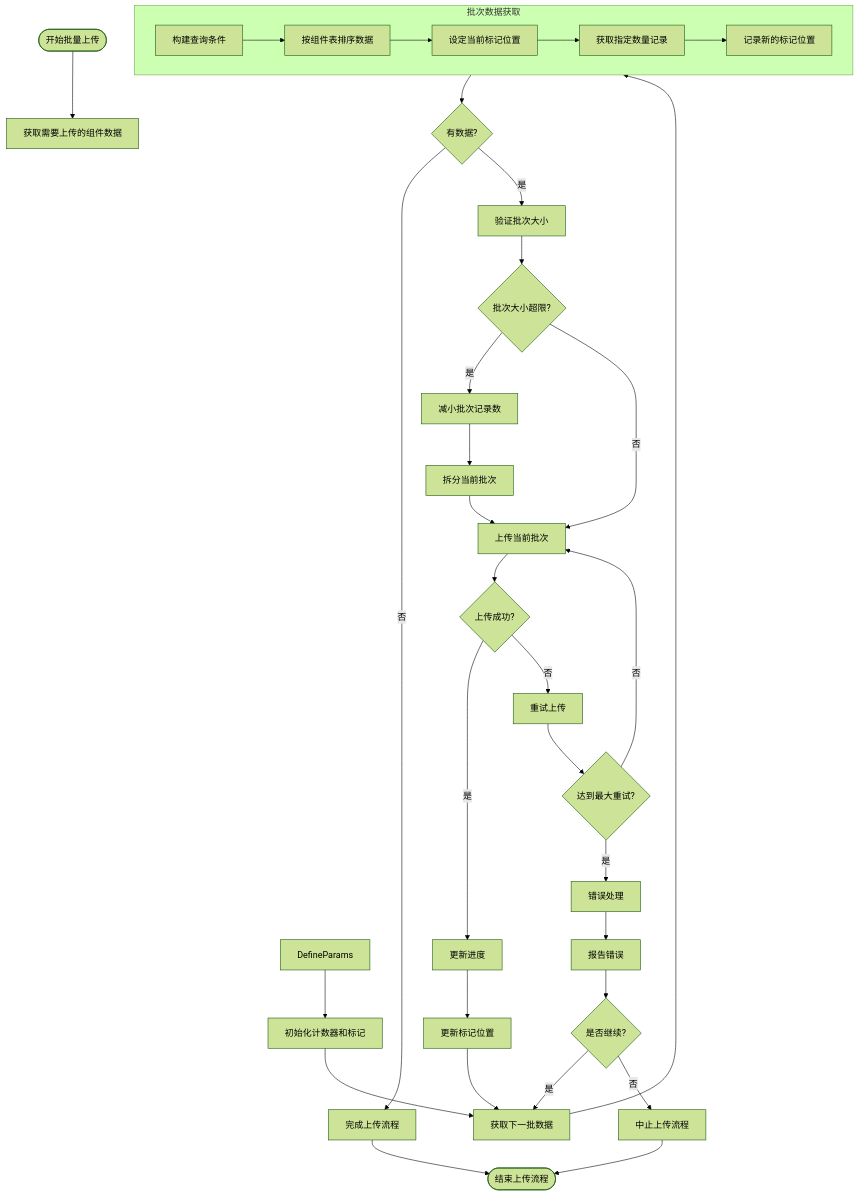
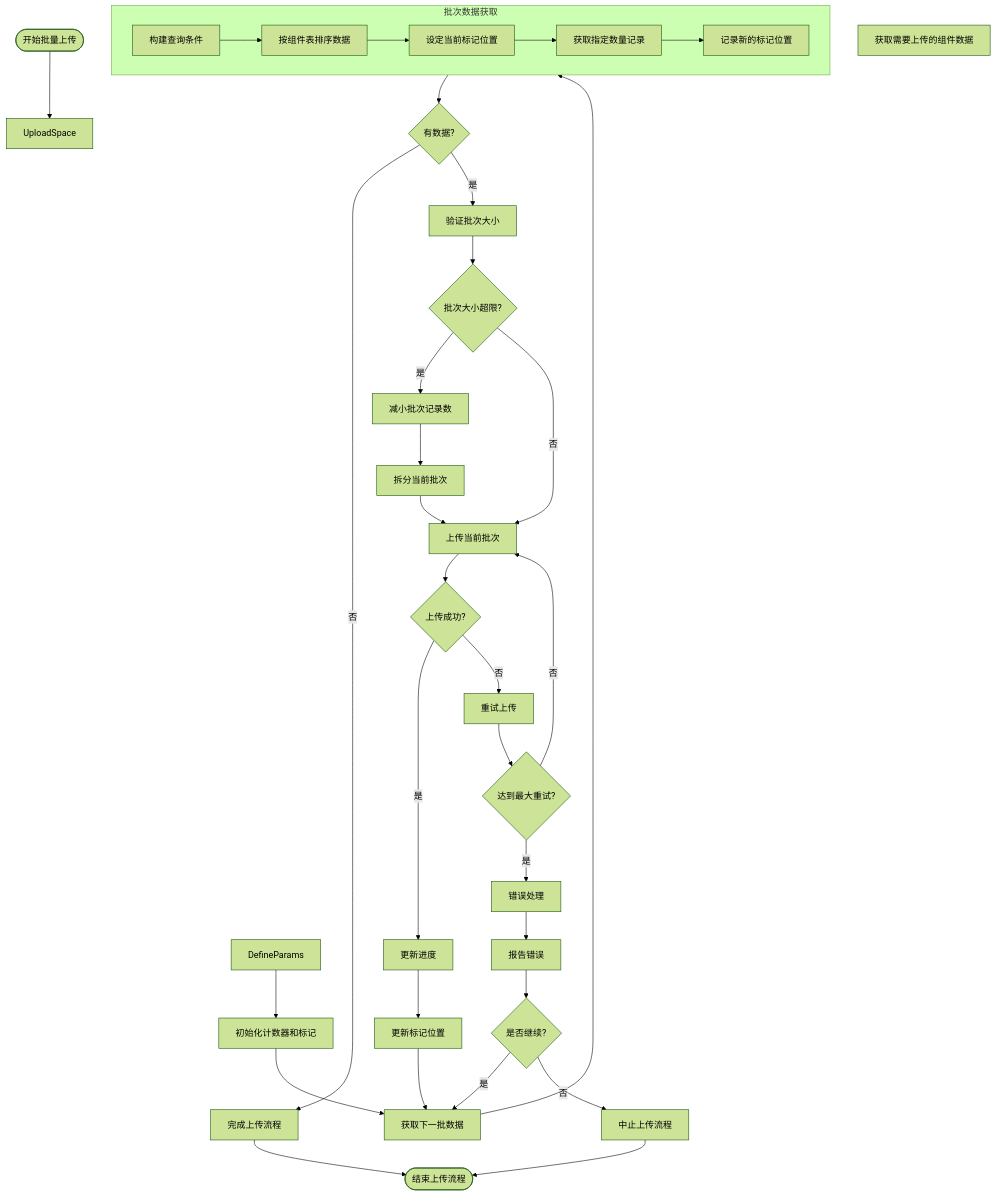
One commit to yingjianzh/iodraw-files changed the diagram in all/未命名-51.md. Above: the diagram before and after it, drawn with Mermaid (forest theme).

Commit message:
2025-05-08 17:22:20 update

````diff
--- a/all/未命名-51.md
+++ b/all/未命名-51.md
@@ -1,48 +1,48 @@
 ```mermaid
 flowchart TD
-    Start([开始批量上传]) --> 
+    Start([开始批量上传]) --> UploadSpace
     
     UploadData[获取需要上传的组件数据]
     DefineParams --> InitCounters[初始化计数器和标记]
     
     InitCounters --> FetchNextBatch[获取下一批数据]
     
     subgraph BatchFetch [批次数据获取]
         A[构建查询条件] --> B[按组件表排序数据]
         B --> C[设定当前标记位置]
         C --> D[获取指定数量记录]
         D --> E[记录新的标记位置]
     end
     
     FetchNextBatch --> BatchFetch
     
     BatchFetch --> CheckResults{有数据?}
     CheckResults -->|否| CompleteUpload[完成上传流程]
     CheckResults -->|是| ValidateBatch[验证批次大小]
     
     ValidateBatch --> SizeTooLarge{批次大小超限?}
     SizeTooLarge -->|是| AdjustBatchSize[减小批次记录数]
     SizeTooLarge -->|否| UploadBatch[上传当前批次]
     
     AdjustBatchSize --> SplitBatch[拆分当前批次]
     SplitBatch --> UploadBatch
     
     UploadBatch --> UploadSuccess{上传成功?}
     UploadSuccess -->|是| UpdateProgress[更新进度]
     UploadSuccess -->|否| RetryUpload[重试上传]
     
     RetryUpload --> MaxRetries{达到最大重试?}
     MaxRetries -->|否| UploadBatch
     MaxRetries -->|是| ErrorHandling[错误处理]
     
     ErrorHandling --> ReportError[报告错误]
     ReportError --> ContinueOption{是否继续?}
     ContinueOption -->|是| FetchNextBatch
     ContinueOption -->|否| AbortProcess[中止上传流程]
     
     UpdateProgress --> UpdateMarker[更新标记位置]
     UpdateMarker --> FetchNextBatch
     
     CompleteUpload --> End([结束上传流程])
     AbortProcess --> End
 ```
````
